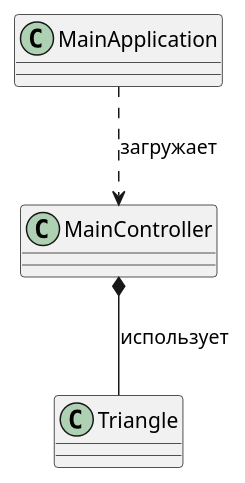
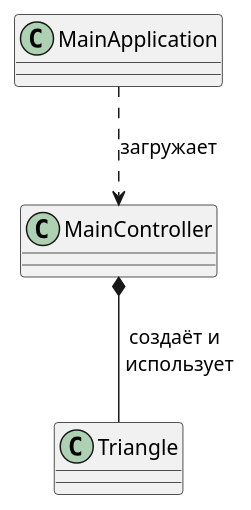
One commit to Ondosh/OOP-tasks changed the diagram in new_tasks/1 task/TriangleGUI/src/main/java/com/github/ondosh/trianglegui/UML.puml. Above: the diagram before and after it, drawn with PlantUML. The commit also changed 17 other files, not shown here.

```diff
--- a/new_tasks/1 task/TriangleGUI/src/main/java/com/github/ondosh/trianglegui/UML.puml
+++ b/new_tasks/1 task/TriangleGUI/src/main/java/com/github/ondosh/trianglegui/UML.puml
@@ -1,10 +1,10 @@
 @startuml
 
 class MainApplication
 class MainController
 class Triangle
 
 MainApplication ..> MainController : загружает
-MainController *-- Triangle : использует
+MainController *-- Triangle : создаёт и \n использует
 
 @enduml
```
